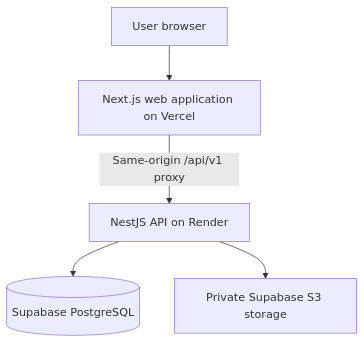
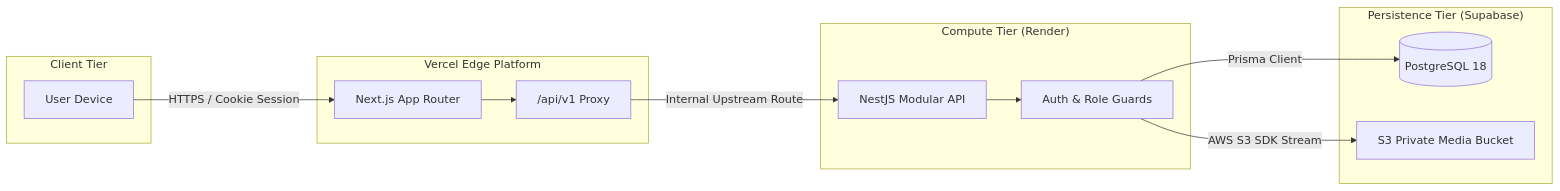
One commit to SK-Rudra/EverDear changed the diagram in README.md. Above: the diagram before and after it, drawn with Mermaid. The commit also changed other lines of this file, not shown here.

````diff
--- a/README.md
+++ b/README.md
@@ -104,7 +55,28 @@
 ```mermaid
-flowchart TD
-    U["User browser"] --> W["Next.js web application on Vercel"]
-    W -->|"Same-origin /api/v1 proxy"| A["NestJS API on Render"]
-    A --> D[("Supabase PostgreSQL")]
-    A --> S["Private Supabase S3 storage"]
+flowchart LR
+    subgraph Client["Client Tier"]
+        U["User Device"]
+    end
+
+    subgraph Edge["Vercel Edge Platform"]
+        W["Next.js App Router"]
+        P["/api/v1 Proxy"]
+    end
+
+    subgraph Core["Compute Tier (Render)"]
+        A["NestJS Modular API"]
+        G["Auth & Role Guards"]
+    end
+
+    subgraph Data["Persistence Tier (Supabase)"]
+        D[("PostgreSQL 18")]
+        S["S3 Private Media Bucket"]
+    end
+
+    U -->|"HTTPS / Cookie Session"| W
+    W --> P
+    P -->|"Internal Upstream Route"| A
+    A --> G
+    G -->|"Prisma Client"| D
+    G -->|"AWS S3 SDK Stream"| S
 ```
````
